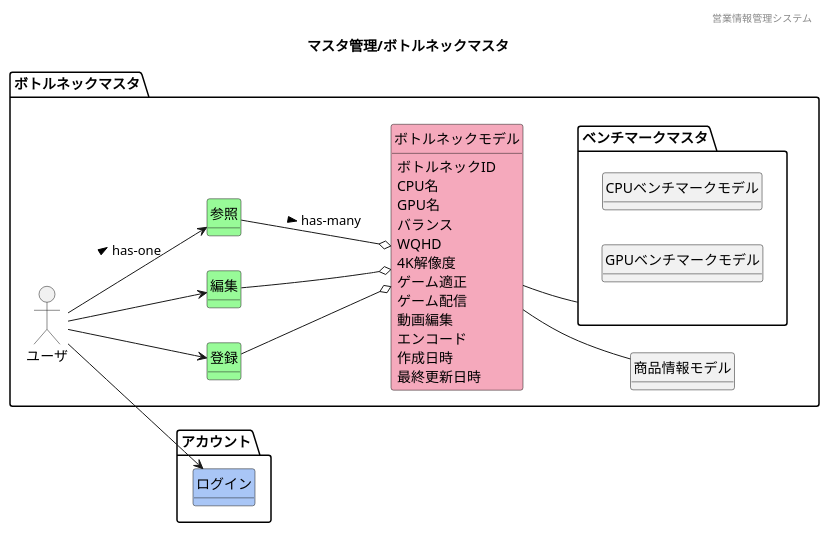
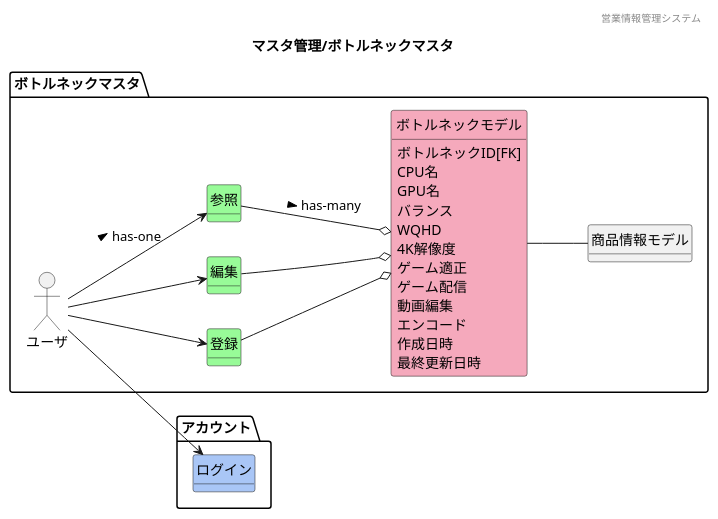
Before and after one commit to HaruShim/Sotuken: the diagram in 各種設計書/1ドメインモデル図/マスタ管理/F06ボトルネックマスタ.plantuml, drawn with PlantUML. The commit also changed 11 other files, not shown here.

```diff
--- a/各種設計書/1ドメインモデル図/マスタ管理/F06ボトルネックマスタ.plantuml
+++ b/各種設計書/1ドメインモデル図/マスタ管理/F06ボトルネックマスタ.plantuml
@@ -1,65 +1,60 @@
 @startuml images/マスタ管理/ボトルネックマスタ
 ' ヘッダー
 header 営業情報管理システム
 ' タイトル
 title マスタ管理/ボトルネックマスタ
 ' 
 hide circle
 ' 
 hide method
 left to right direction
 
 package "アカウント"{
     class "ログイン" #A9C6F6
 
 }
 
 package "ボトルネックマスタ" {
     'ユーザや外部システム
     mix_actor "ユーザ"
     class "登録" #98fb98
     class "編集" #98fb98
     class "参照" #98fb98
     class "ボトルネックモデル" #F5A9BC
-    package ベンチマークマスタ{
-        class CPUベンチマークモデル
-        class GPUベンチマークモデル
-    }
-    class 商品情報モデル
+    class "商品情報モデル"
     ' class "" #F5A9BC
     ' class "" #ffd700
 
     'モデル同士の関係
     ユーザ --> 参照 : > has-one
     ユーザ --> 編集
     ユーザ --> 登録
     ユーザ --> ログイン
     参照 --o ボトルネックモデル : > has-many
     編集 --o ボトルネックモデル
     登録 --o ボトルネックモデル
-    ボトルネックモデル -- ベンチマークマスタ
     ボトルネックモデル -- 商品情報モデル
 
     ' ボトルネックモデル
 
     'ドメインクラスの属性
-    ボトルネックモデル : ボトルネックID
+    ボトルネックモデル : ボトルネックID[FK]
     ボトルネックモデル : CPU名
     ボトルネックモデル : GPU名
     ボトルネックモデル : バランス
     ボトルネックモデル : WQHD
     ボトルネックモデル : 4K解像度
     ボトルネックモデル : ゲーム適正
     ボトルネックモデル : ゲーム配信
     ボトルネックモデル : 動画編集
     ボトルネックモデル : エンコード
     ボトルネックモデル : 作成日時
     ボトルネックモデル : 最終更新日時
 
 
 
 }
 
 
 
 @enduml
```
